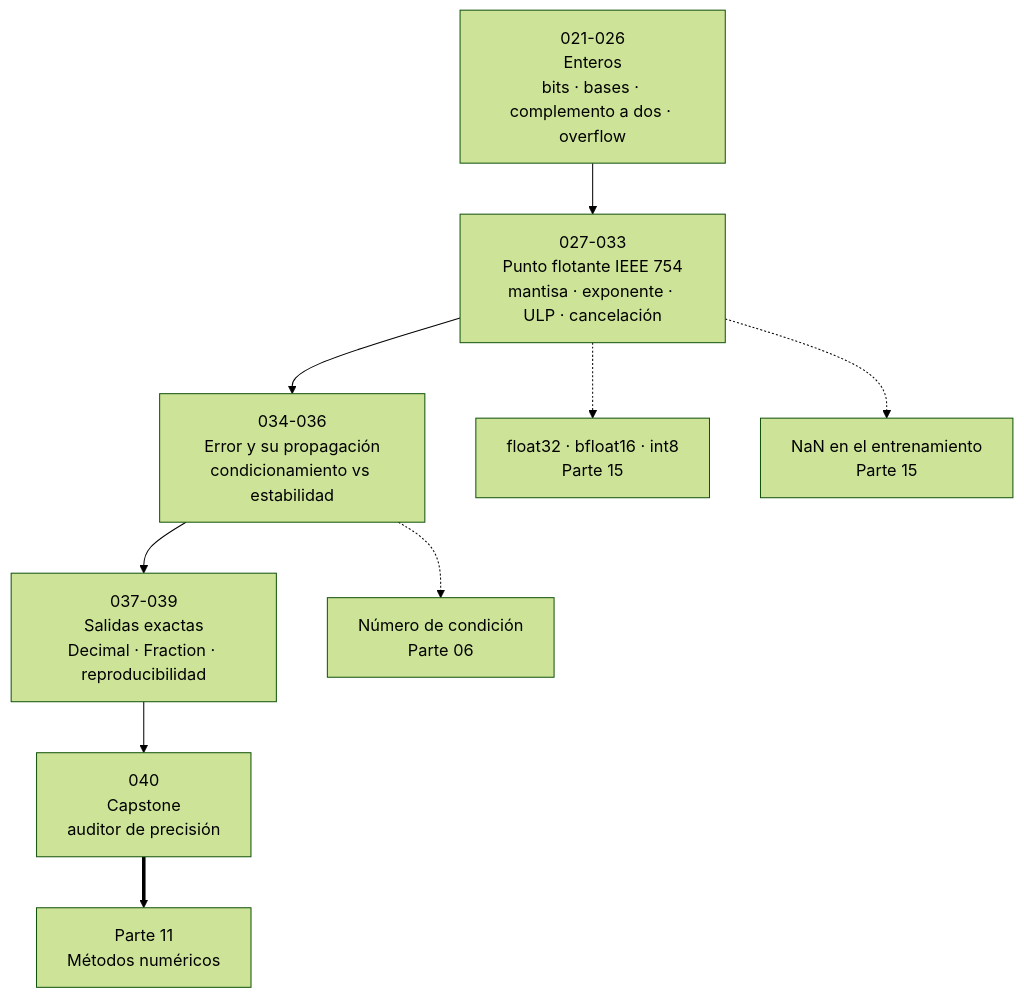
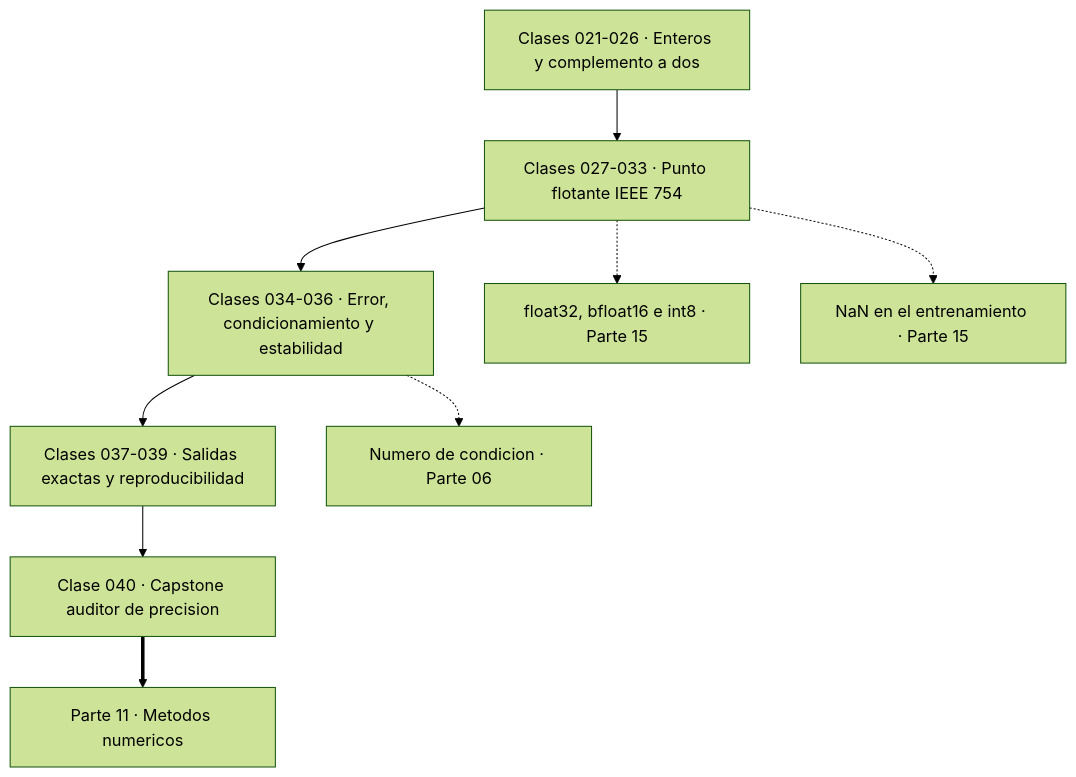
Before and after one commit to vladimiracunadev-create/computational-mathematics-program: the first of 2 diagrams in classes/part-01-aritmetica-computacional-y-representacion-numerica/README.md, drawn with Mermaid (forest theme). The commit also changed other lines of this file and 389 other files, not shown here.

First line of the commit message:
fix(diagramas): elimina el HTML de las etiquetas Mermaid

````diff
--- a/classes/part-01-aritmetica-computacional-y-representacion-numerica/README.md
+++ b/classes/part-01-aritmetica-computacional-y-representacion-numerica/README.md
@@ -50,11 +50,11 @@
 ```mermaid
 flowchart TD
-    A["021-026<br/>Enteros<br/>bits · bases · complemento a dos · overflow"] --> B["027-033<br/>Punto flotante IEEE 754<br/>mantisa · exponente · ULP · cancelación"]
-    B --> C["034-036<br/>Error y su propagación<br/>condicionamiento vs estabilidad"]
-    C --> D["037-039<br/>Salidas exactas<br/>Decimal · Fraction · reproducibilidad"]
-    D --> E["040<br/>Capstone<br/>auditor de precisión"]
-    E ==> F["Parte 11<br/>Métodos numéricos"]
-    B -.-> G["float32 · bfloat16 · int8<br/>Parte 15"]
-    C -.-> H["Número de condición<br/>Parte 06"]
-    B -.-> I["NaN en el entrenamiento<br/>Parte 15"]
+    A["Clases 021-026 · Enteros y complemento a dos"] --> B["Clases 027-033 · Punto flotante IEEE 754"]
+    B --> C["Clases 034-036 · Error, condicionamiento y estabilidad"]
+    C --> D["Clases 037-039 · Salidas exactas y reproducibilidad"]
+    D --> E["Clase 040 · Capstone auditor de precision"]
+    E ==> F["Parte 11 · Metodos numericos"]
+    B -.-> G["float32, bfloat16 e int8 · Parte 15"]
+    C -.-> H["Numero de condicion · Parte 06"]
+    B -.-> I["NaN en el entrenamiento · Parte 15"]
 ```
````
